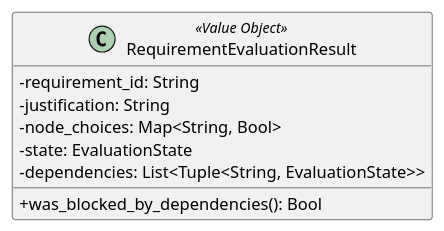
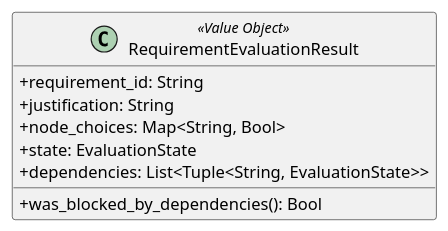
Before and after one commit to GroupRubberDuck/Documentazione: the diagram in src/PB/DocumentazioneEsterna/Specifica_Tecnica/content/05-diagrammi-classi/uml/puml/Backend/Domain/RequirementEvaluationResult.puml, drawn with PlantUML. The commit also changed 162 other files, not shown here.

```diff
--- a/src/PB/DocumentazioneEsterna/Specifica_Tecnica/content/05-diagrammi-classi/uml/puml/Backend/Domain/RequirementEvaluationResult.puml
+++ b/src/PB/DocumentazioneEsterna/Specifica_Tecnica/content/05-diagrammi-classi/uml/puml/Backend/Domain/RequirementEvaluationResult.puml
@@ -1,15 +1,15 @@
 @startuml RequirementEvaluationResult
 skinparam linetype ortho
 skinparam classAttributeIconSize 0
 
 class RequirementEvaluationResult <<Value Object>> {
-    - requirement_id: String
-    - justification: String
-    - node_choices: Map<String, Bool>
-    - state: EvaluationState
-    - dependencies: List<Tuple<String, EvaluationState>>
+    + requirement_id: String
+    + justification: String
+    + node_choices: Map<String, Bool>
+    + state: EvaluationState
+    + dependencies: List<Tuple<String, EvaluationState>>
 
     + was_blocked_by_dependencies(): Bool
 }
 
 @enduml
```
